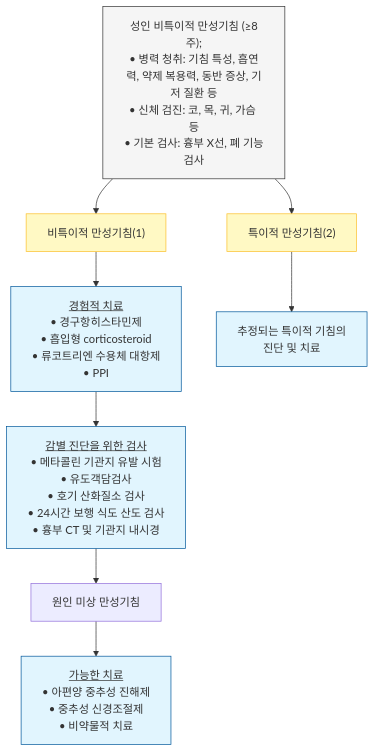
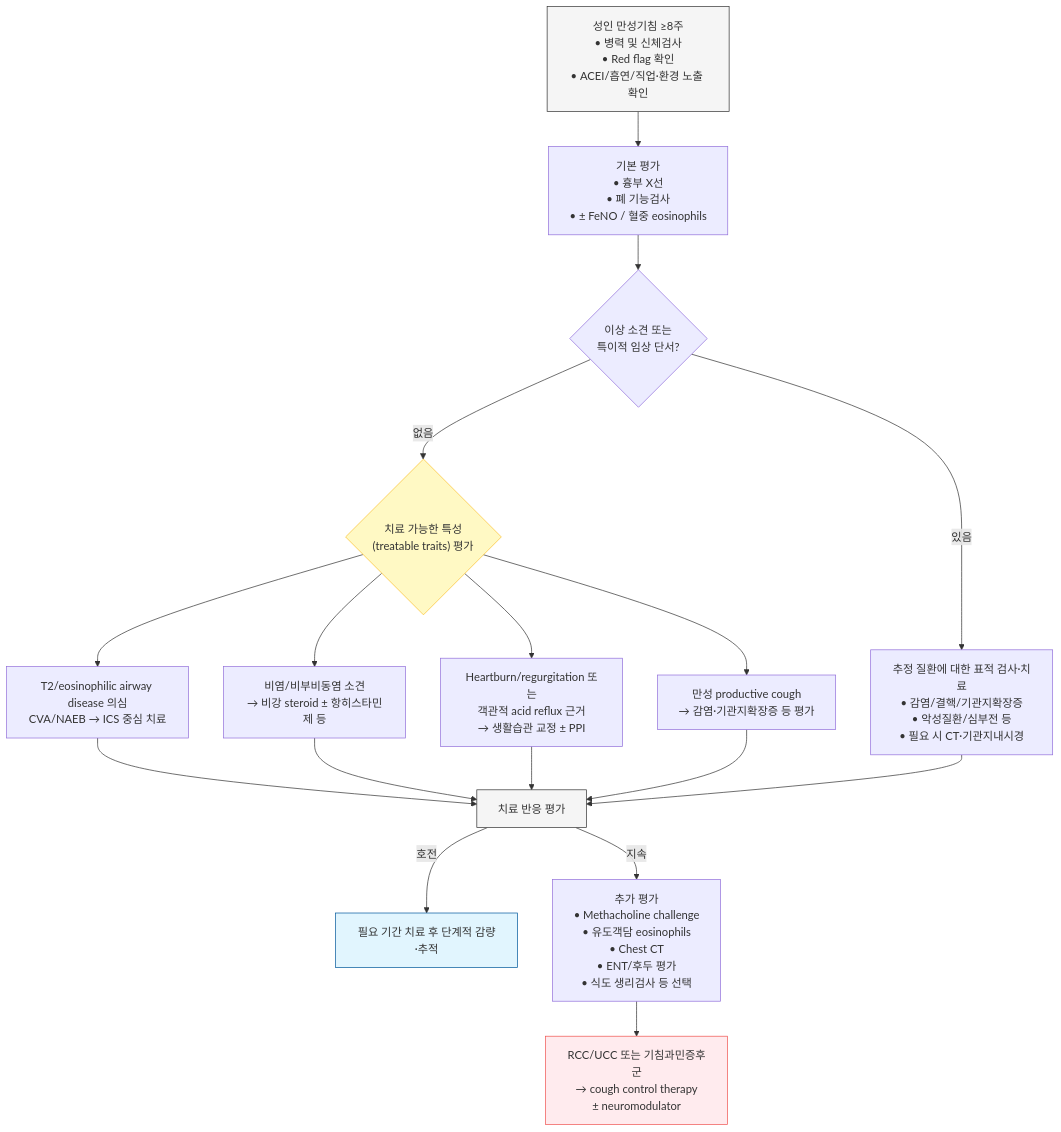
The third of 4 diagrams in 220_/006_-cough.md (familyoh77/familyoh77), drawn with Mermaid before and after one commit. The commit also changed other lines of this file, not shown here.

````diff
--- a/220_/006_-cough.md
+++ b/220_/006_-cough.md
@@ -230,30 +251,31 @@
 ```mermaid
 graph TD
-    %% Start 박스 가로 너비 확장
-    Start["성인 비특이적 만성기침 (≥8주);<br/>• 병력 청취: 기침 특성, 흡연력, 약제 복용력, 동반 증상, 기저 질환 등<br/>• 신체 검진: 코, 목, 귀, 가슴 등<br/>• 기본 검사: 흉부 X선, 폐 기능검사"]
+    Start["성인 만성기침 ≥8주<br/>• 병력 및 신체검사<br/>• Red flag 확인<br/>• ACEI/흡연/직업·환경 노출 확인"]
 
-    Start --> NonSpecific["비특이적 만성기침(1)"]
-    Start --> Specific["특이적 만성기침(2)"]
+    Start --> Basic["기본 평가<br/>• 흉부 X선<br/>• 폐 기능검사<br/>• ± FeNO / 혈중 eosinophils"]
+    Basic --> Abnormal{"이상 소견 또는<br/>특이적 임상 단서?"}
 
-    %% 비특이적 경로 (1, 2차 의료기관)
-    NonSpecific --> Empiric["<u>경험적 치료</u><br/>• 경구항히스타민제<br/>• 흡입형 corticosteroid<br/>• 류코트리엔 수용체 대항제<br/>• PPI"]
-    
-    %% 감별 진단 경로 (2, 3차 의료기관)
-    Empiric --> Differential["<u>감별 진단을 위한 검사</u><br/>• 메타콜린 기관지 유발 시험<br/>• 유도객담검사<br/>• 호기 산화질소 검사<br/>• 24시간 보행 식도 산도 검사<br/>• 흉부 CT 및 기관지 내시경"]
-    
-    Differential --> Unknown["원인 미상 만성기침"]
-    
-    Unknown --> Treatment["<u>가능한 치료</u><br/>• 아편양 중추성 진해제<br/>• 중추성 신경조절제<br/>• 비약물적 치료"]
+    Abnormal -- "있음" --> Specific["추정 질환에 대한 표적 검사·치료<br/>• 감염/결핵/기관지확장증<br/>• 악성질환/심부전 등<br/>• 필요 시 CT·기관지내시경"]
+    Abnormal -- "없음" --> Traits{"치료 가능한 특성<br/>(treatable traits) 평가"}
 
-    %% 특이적 경로
-    Specific --> Diagnosis["추정되는 특이적 기침의<br/>진단 및 치료"]
+    Traits --> Eos["T2/eosinophilic airway disease 의심<br/>CVA/NAEB → ICS 중심 치료"]
+    Traits --> Upper["비염/비부비동염 소견<br/>→ 비강 steroid ± 항히스타민제 등"]
+    Traits --> Reflux["Heartburn/regurgitation 또는<br/>객관적 acid reflux 근거<br/>→ 생활습관 교정 ± PPI"]
+    Traits --> Productive["만성 productive cough<br/>→ 감염·기관지확장증 등 평가"]
 
-    %% 스타일 설정
+    Eos --> FU["치료 반응 평가"]
+    Upper --> FU
+    Reflux --> FU
+    Productive --> FU
+    Specific --> FU
+
+    FU -- "호전" --> Maintain["필요 기간 치료 후 단계적 감량·추적"]
+    FU -- "지속" --> Add["추가 평가<br/>• Methacholine challenge<br/>• 유도객담 eosinophils<br/>• Chest CT<br/>• ENT/후두 평가<br/>• 식도 생리검사 등 선택"]
+    Add --> RCC["RCC/UCC 또는 기침과민증후군<br/>→ cough control therapy<br/>± neuromodulator"]
+
     style Start fill:#f5f5f5,stroke:#333
-    style NonSpecific fill:#fff9c4,stroke:#fbc02d
-    style Specific fill:#fff9c4,stroke:#fbc02d
-    style Empiric fill:#e1f5fe,stroke:#01579b
-    style Differential fill:#e1f5fe,stroke:#01579b
-    style Treatment fill:#e1f5fe,stroke:#01579b
-    style Diagnosis fill:#e1f5fe,stroke:#01579b
+    style Traits fill:#fff9c4,stroke:#fbc02d
+    style FU fill:#f5f5f5,stroke:#333
+    style RCC fill:#ffebee,stroke:#ef5350
+    style Maintain fill:#e1f5fe,stroke:#01579b
 ```
````
